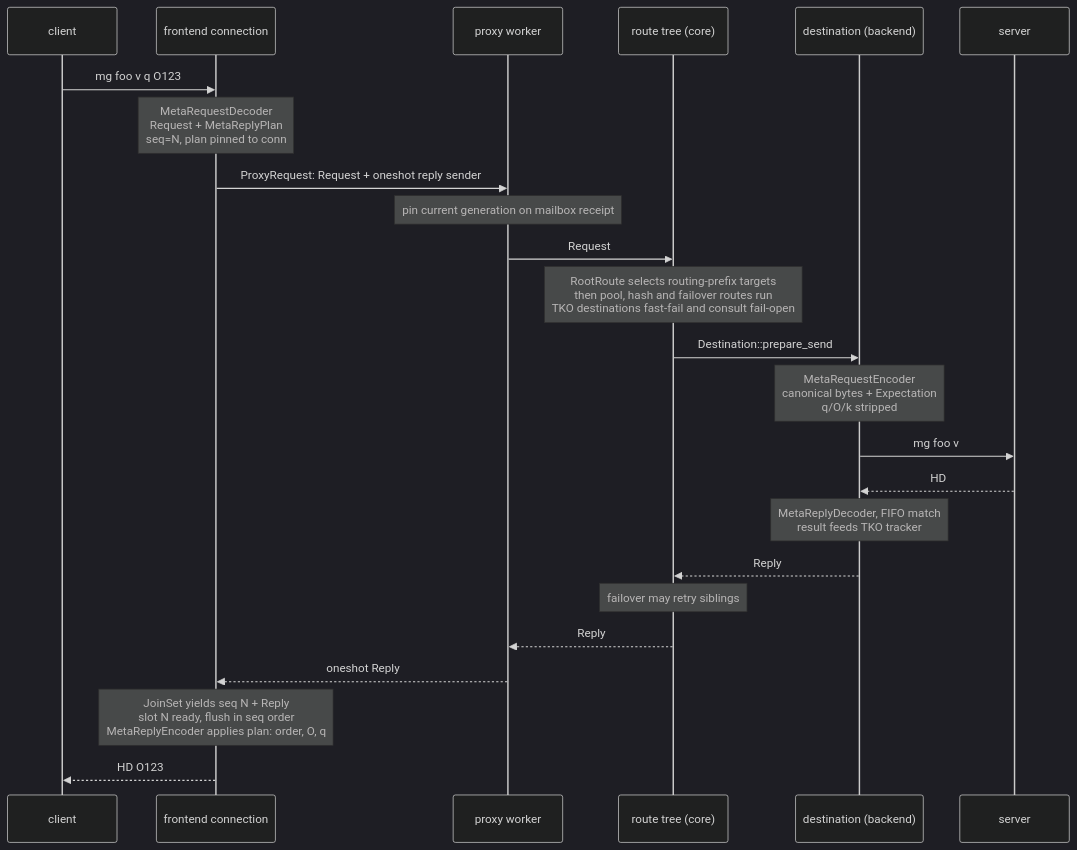
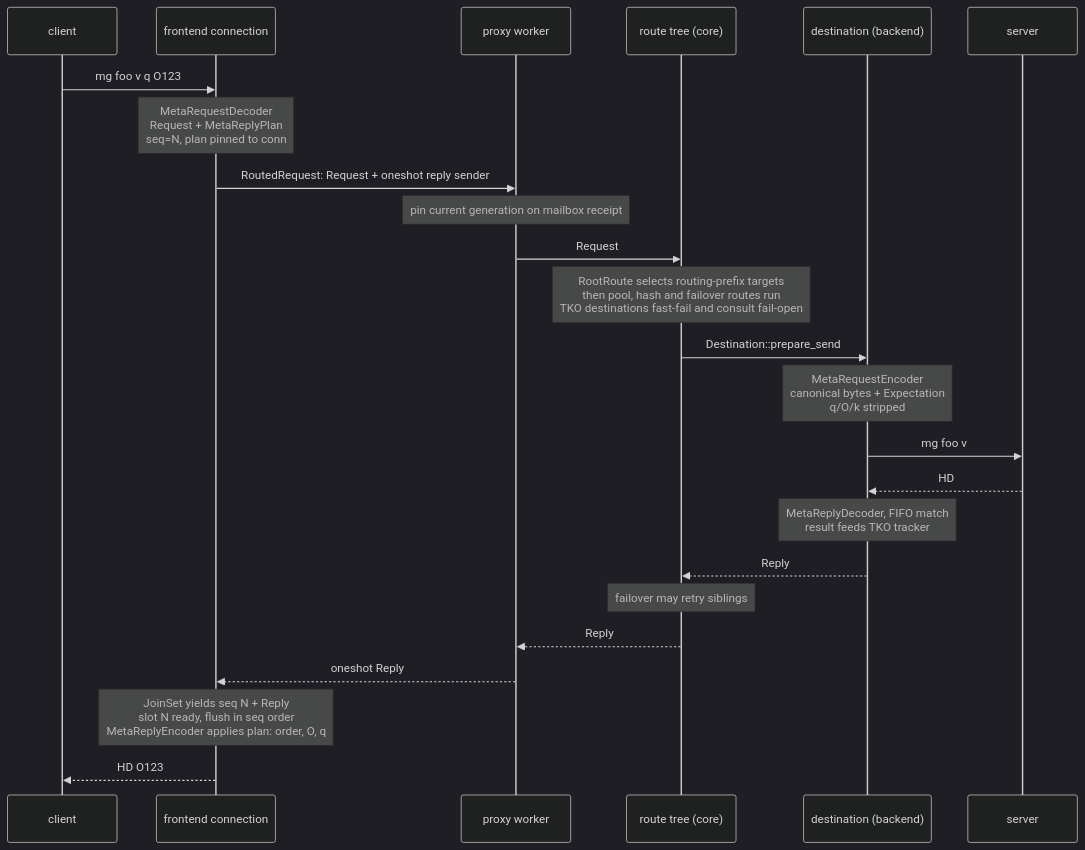
The third of 3 diagrams in docs/architecture/README.md (raydatray/rusty-mcrouter), drawn with Mermaid (dark theme) before and after one commit. The commit also changed other lines of this file and 7 other files, not shown here.

Commit message:
[1/3][frontend] rename proxy request transport to RoutedRequest

````diff
--- a/docs/architecture/README.md
+++ b/docs/architecture/README.md
@@ -213,27 +213,27 @@
 ```mermaid
 sequenceDiagram
     participant C as client
     participant F as frontend connection
     participant P as proxy worker
     participant R as route tree (core)
     participant D as destination (backend)
     participant S as server
 
     C->>F: mg foo v q O123
     Note over F: MetaRequestDecoder<br/>Request + MetaReplyPlan<br/>seq=N, plan pinned to conn
-    F->>P: ProxyRequest: Request + oneshot reply sender
+    F->>P: RoutedRequest: Request + oneshot reply sender
     Note over P: pin current generation on mailbox receipt
     P->>R: Request
     Note over R: RootRoute selects routing-prefix targets<br/>then pool, hash and failover routes run<br/>TKO destinations fast-fail and consult fail-open
     R->>D: Destination::prepare_send
     Note over D: MetaRequestEncoder<br/>canonical bytes + Expectation<br/>q/O/k stripped
     D->>S: mg foo v
     S-->>D: HD
     Note over D: MetaReplyDecoder, FIFO match<br/>result feeds TKO tracker
     D-->>R: Reply
     Note over R: failover may retry siblings
     R-->>P: Reply
     P-->>F: oneshot Reply
     Note over F: JoinSet yields seq N + Reply<br/>slot N ready, flush in seq order<br/>MetaReplyEncoder applies plan: order, O, q
     F-->>C: HD O123
 ```
````
